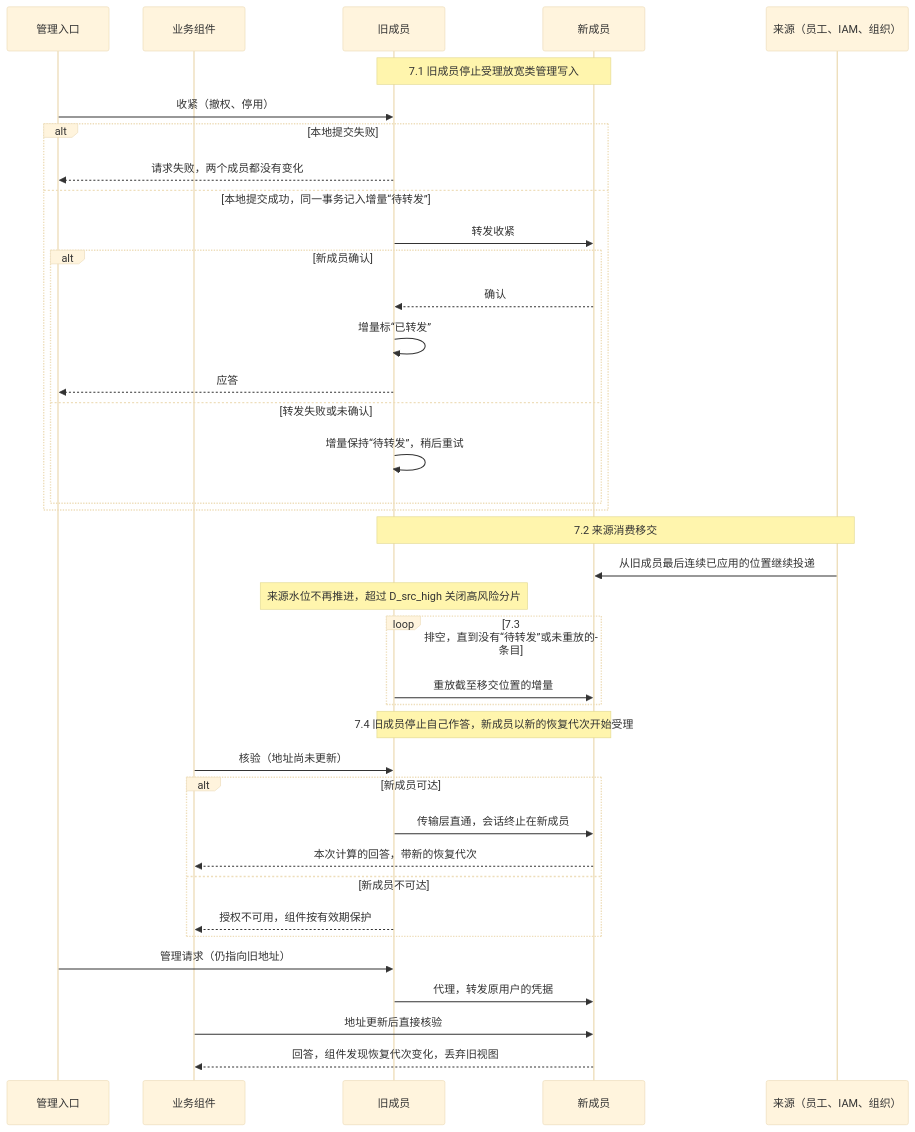
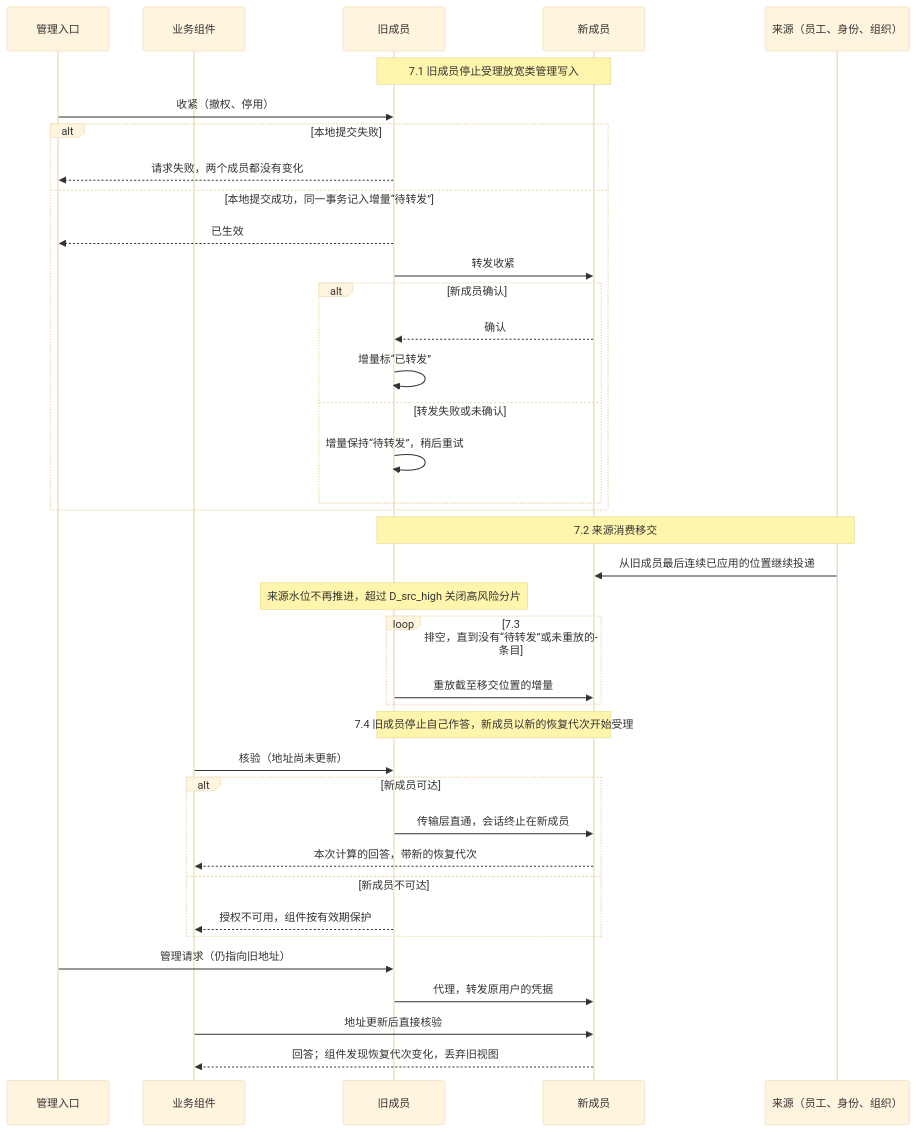
The diagram in tempDocs/final/06-protocols/security/10-providers-and-member-switching.md (brickKit/be-assembly-standard), drawn with Mermaid (base theme) before and after one commit. The commit also changed other lines of this file and 13 other files, not shown here.

````diff
--- a/tempDocs/final/06-protocols/security/10-providers-and-member-switching.md
+++ b/tempDocs/final/06-protocols/security/10-providers-and-member-switching.md
@@ -167,40 +153,40 @@
 ```mermaid
 sequenceDiagram
     participant Admin as 管理入口
     participant Comp as 业务组件
     participant Old as 旧成员
     participant New as 新成员
-    participant Src as 来源（员工、IAM、组织）
+    participant Src as 来源（员工、身份、组织）
     Note over Old,New: 7.1 旧成员停止受理放宽类管理写入
     Admin->>Old: 收紧（撤权、停用）
     alt 本地提交失败
         Old-->>Admin: 请求失败，两个成员都没有变化
     else 本地提交成功，同一事务记入增量“待转发”
+        Old-->>Admin: 已生效
         Old->>New: 转发收紧
         alt 新成员确认
             New-->>Old: 确认
             Old->>Old: 增量标“已转发”
-            Old-->>Admin: 应答
         else 转发失败或未确认
             Old->>Old: 增量保持“待转发”，稍后重试
         end
     end
     Note over Old,Src: 7.2 来源消费移交
     Src->>New: 从旧成员最后连续已应用的位置继续投递
     Note over Old: 来源水位不再推进，超过 D_src_high 关闭高风险分片
     loop 7.3 排空，直到没有“待转发”或未重放的条目
         Old->>New: 重放截至移交位置的增量
     end
     Note over Old,New: 7.4 旧成员停止自己作答，新成员以新的恢复代次开始受理
     Comp->>Old: 核验（地址尚未更新）
     alt 新成员可达
         Old->>New: 传输层直通，会话终止在新成员
         New-->>Comp: 本次计算的回答，带新的恢复代次
     else 新成员不可达
         Old-->>Comp: 授权不可用，组件按有效期保护
     end
     Admin->>Old: 管理请求（仍指向旧地址）
     Old->>New: 代理，转发原用户的凭据
     Comp->>New: 地址更新后直接核验
-    New-->>Comp: 回答，组件发现恢复代次变化，丢弃旧视图
+    New-->>Comp: 回答；组件发现恢复代次变化，丢弃旧视图
 ```
````
